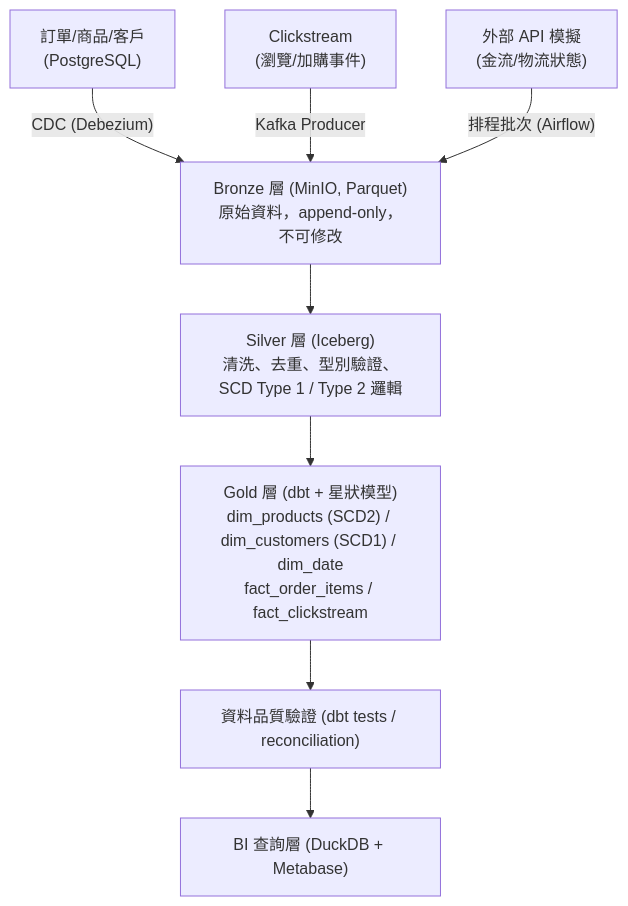
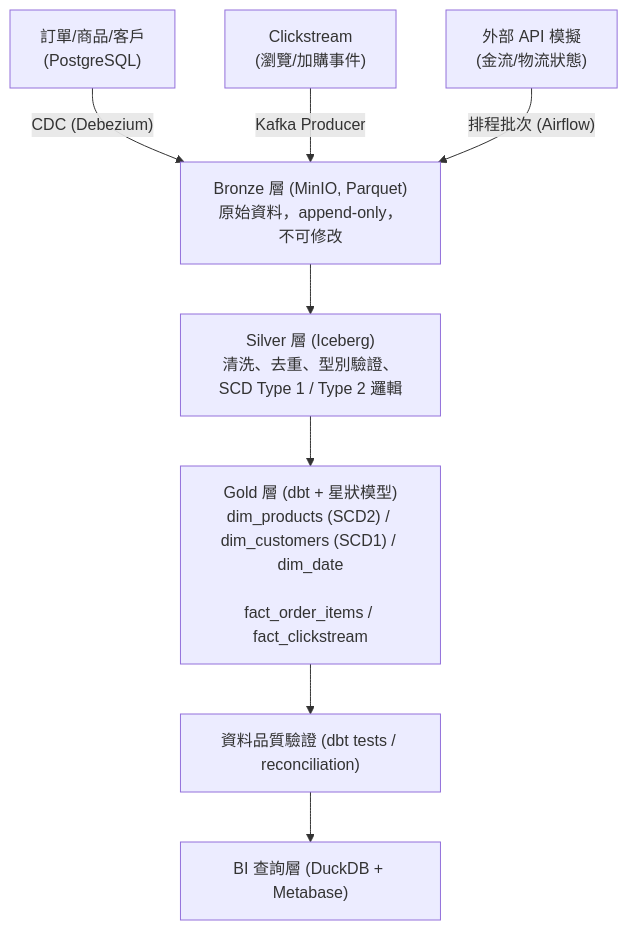
Before and after one commit to Brady-Huang/ecommerce-data-warehouse: the diagram in README.md, drawn with Mermaid.

Commit message:
Fix README: add line break in Gold layer diagram node to prevent text overlap

````diff
--- a/README.md
+++ b/README.md
@@ -15,16 +15,16 @@
 ```mermaid
 flowchart TD
     A["訂單/商品/客戶<br/>(PostgreSQL)"] -->|"CDC (Debezium)"| D
     B["Clickstream<br/>(瀏覽/加購事件)"] -->|"Kafka Producer"| D
     C["外部 API 模擬<br/>(金流/物流狀態)"] -->|"排程批次 (Airflow)"| D
 
     D["Bronze 層 (MinIO, Parquet)<br/>原始資料，append-only，不可修改"] --> E
 
     E["Silver 層 (Iceberg)<br/>清洗、去重、型別驗證、SCD Type 1 / Type 2 邏輯"] --> F
 
-    F["Gold 層 (dbt + 星狀模型)<br/>dim_products (SCD2) / dim_customers (SCD1) / dim_date<br/>fact_order_items / fact_clickstream"] --> G
+    F["Gold 層 (dbt + 星狀模型)<br/>dim_products (SCD2) / dim_customers (SCD1) / dim_date<br/><br/>fact_order_items / fact_clickstream"] --> G
 
     G["資料品質驗證 (dbt tests / reconciliation)"] --> H
 
     H["BI 查詢層 (DuckDB + Metabase)"]
 ```
````
